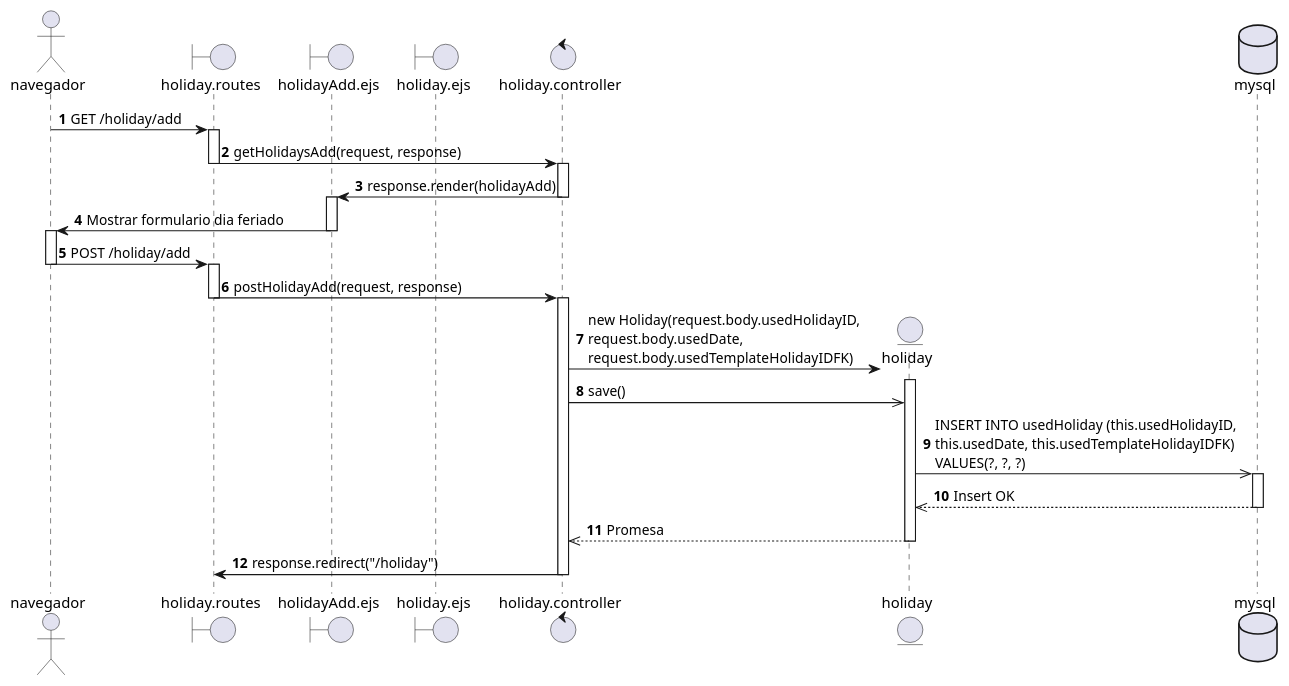
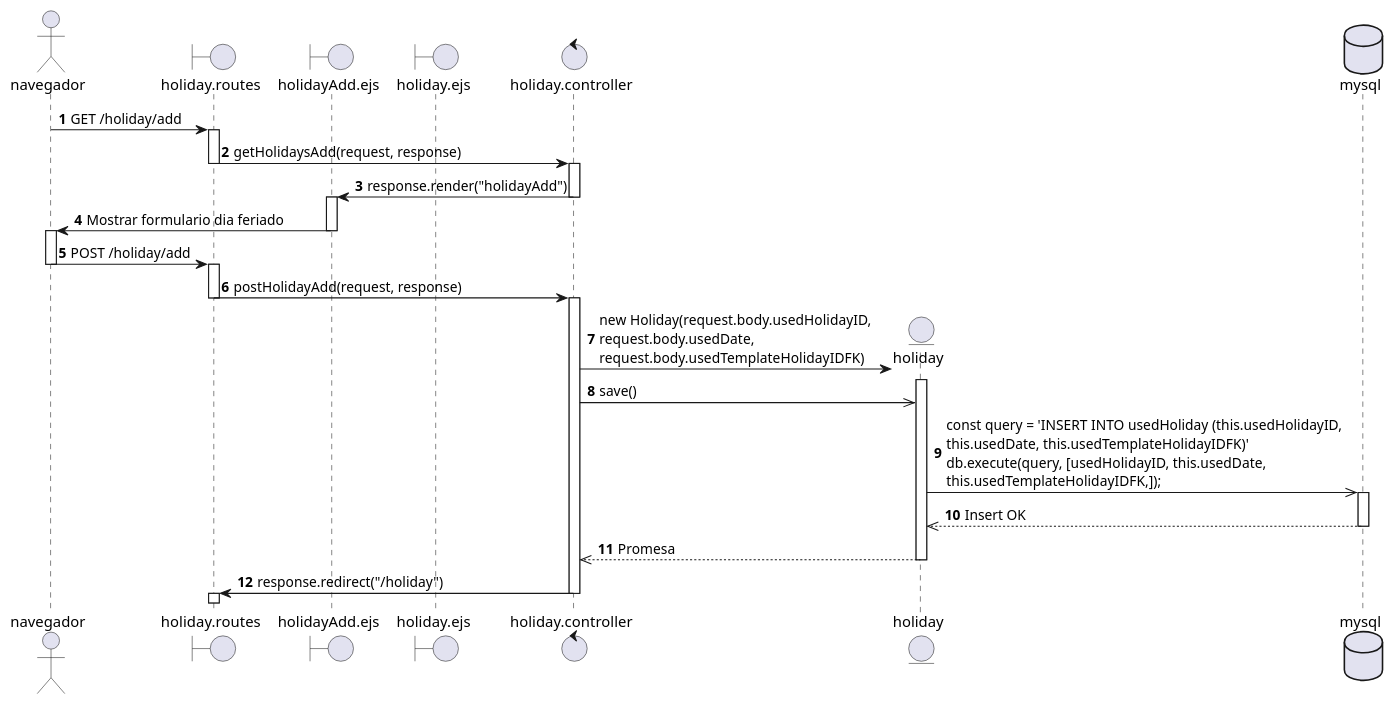
The diagram in diagrams/Casos de Uso/CU Emilio/DS/CU36.puml (EdCanCe/WorkCells), drawn with PlantUML before and after one commit. The commit also changed 6 other files, not shown here.

Commit message:
Se corrige el diagrama de secuencia para CU30

```diff
--- a/diagrams/Casos de Uso/CU Emilio/DS/CU36.puml
+++ b/diagrams/Casos de Uso/CU Emilio/DS/CU36.puml
@@ -1,49 +1,51 @@
 @startuml CU36 - Superadmin Registra dia feriado
 actor navegador
 boundary holiday.routes
 boundary holidayAdd.ejs
 boundary holiday.ejs
 control holiday.controller
 entity holiday
 database mysql
 
 autonumber
 navegador -> holiday.routes : GET /holiday/add
 activate holiday.routes
 
 holiday.routes -> holiday.controller: getHolidaysAdd(request, response)
 deactivate holiday.routes
 activate holiday.controller
 
-holiday.controller -> holidayAdd.ejs: response.render(holidayAdd)
+holiday.controller -> holidayAdd.ejs: response.render("holidayAdd")
 deactivate holiday.controller
 activate holidayAdd.ejs
 
 holidayAdd.ejs -> navegador : Mostrar formulario dia feriado
 deactivate holidayAdd.ejs
 activate navegador
 
 navegador -> holiday.routes : POST /holiday/add
 deactivate navegador
 activate holiday.routes
 
 holiday.routes -> holiday.controller : postHolidayAdd(request, response)
 deactivate holiday.routes
 activate holiday.controller
 create holiday
 holiday.controller -> holiday : new Holiday(request.body.usedHolidayID, \nrequest.body.usedDate, \nrequest.body.usedTemplateHolidayIDFK)
 activate holiday
 
 holiday.controller ->> holiday : save()
 
-holiday ->> mysql : INSERT INTO usedHoliday (this.usedHolidayID, \nthis.usedDate, this.usedTemplateHolidayIDFK) \nVALUES(?, ?, ?)
+holiday ->> mysql : const query = 'INSERT INTO usedHoliday (this.usedHolidayID, \nthis.usedDate, this.usedTemplateHolidayIDFK)' \ndb.execute(query, [usedHolidayID, this.usedDate, \nthis.usedTemplateHolidayIDFK,]);
 activate mysql
 mysql -->> holiday : Insert OK
 deactivate mysql
 holiday -->> holiday.controller : Promesa
 deactivate holiday
 
 holiday.controller -> holiday.routes : response.redirect("/holiday")
 deactivate holiday.controller
+activate holiday.routes
+deactivate holiday.routes
 
 @enduml
```
